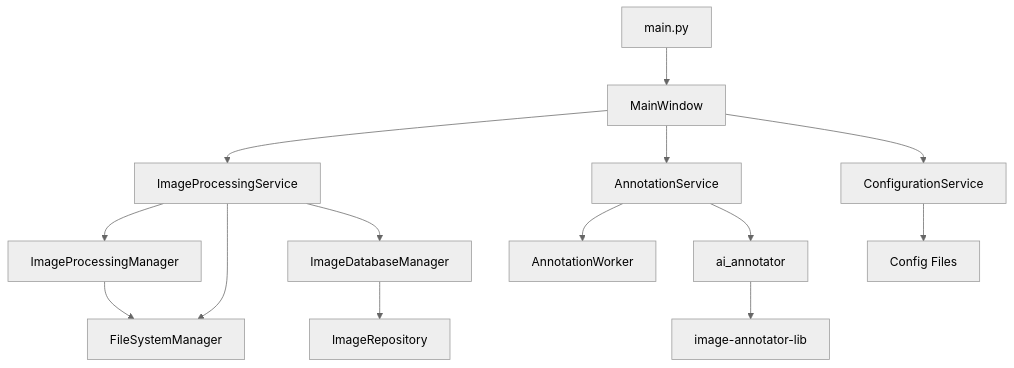
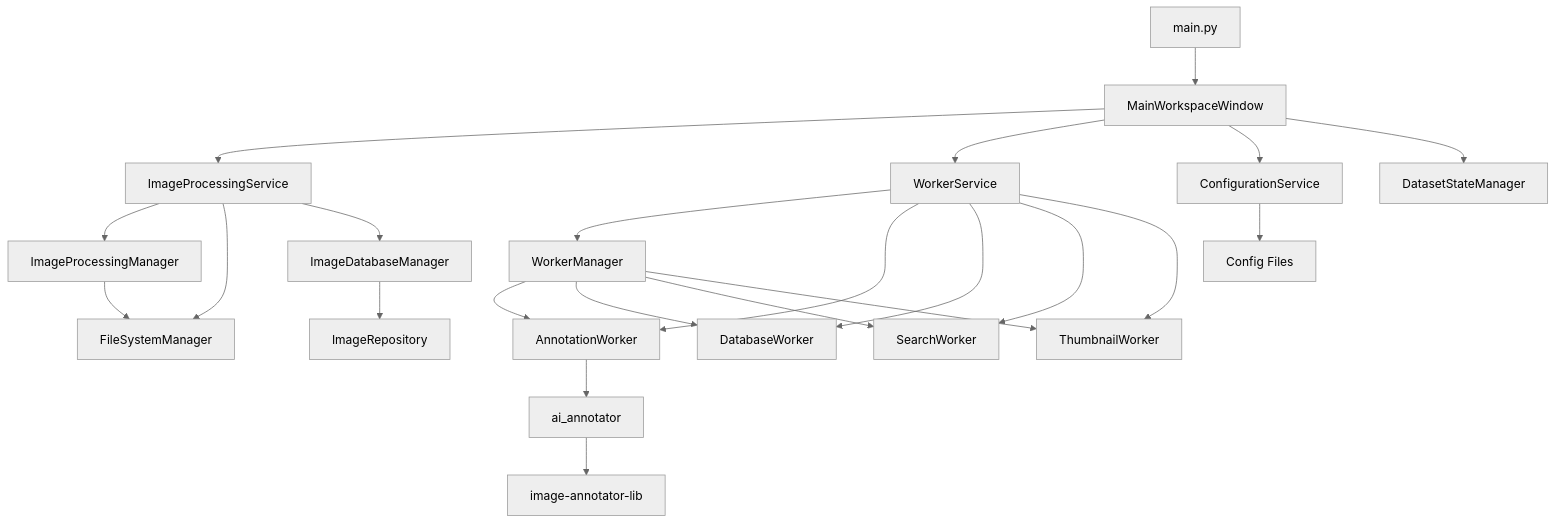
The first of 16 diagrams in docs/architecture.md (NEXTAltair/LoRAIro), drawn with Mermaid (neutral theme) before and after one commit. The commit also changed other lines of this file and 25 other files, not shown here.

````diff
--- a/docs/architecture.md
+++ b/docs/architecture.md
@@ -30,16 +30,25 @@
 ```mermaid
 graph TD
-    A[main.py] --> B[MainWindow]
+    A[main.py] --> B[MainWorkspaceWindow]
     B --> C[ImageProcessingService]
-    B --> D[AnnotationService]
+    B --> D[WorkerService]
     B --> E[ConfigurationService]
-    C --> F[ImageProcessingManager]
-    C --> G[FileSystemManager]
-    C --> H[ImageDatabaseManager]
-    D --> I[AnnotationWorker]
-    D --> J[ai_annotator]
-    J --> K[image-annotator-lib]
-    E --> L[Config Files]
-    F --> G
-    H --> M[ImageRepository]
+    B --> F[DatasetStateManager]
+    C --> G[ImageProcessingManager]
+    C --> H[FileSystemManager]
+    C --> I[ImageDatabaseManager]
+    D --> J[WorkerManager]
+    D --> K[AnnotationWorker]
+    D --> L[DatabaseWorker]
+    D --> M[SearchWorker]
+    D --> N[ThumbnailWorker]
+    K --> O[ai_annotator]
+    O --> P[image-annotator-lib]
+    E --> Q[Config Files]
+    G --> H
+    I --> R[ImageRepository]
+    J --> K
+    J --> L
+    J --> M
+    J --> N
 ```
````
